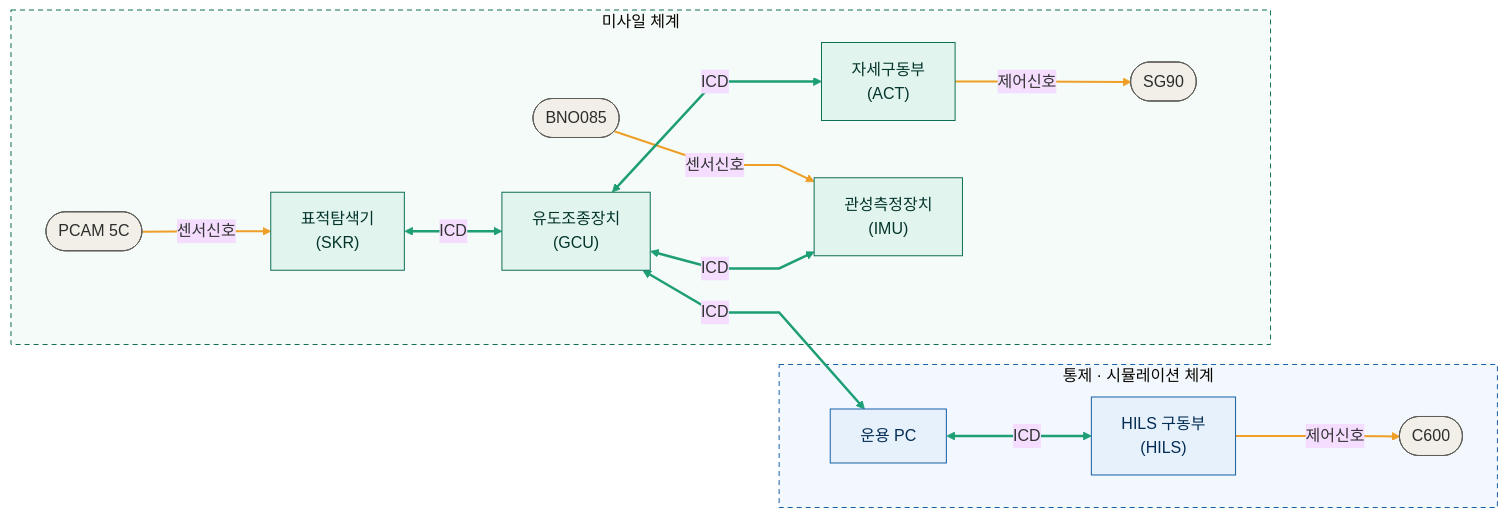
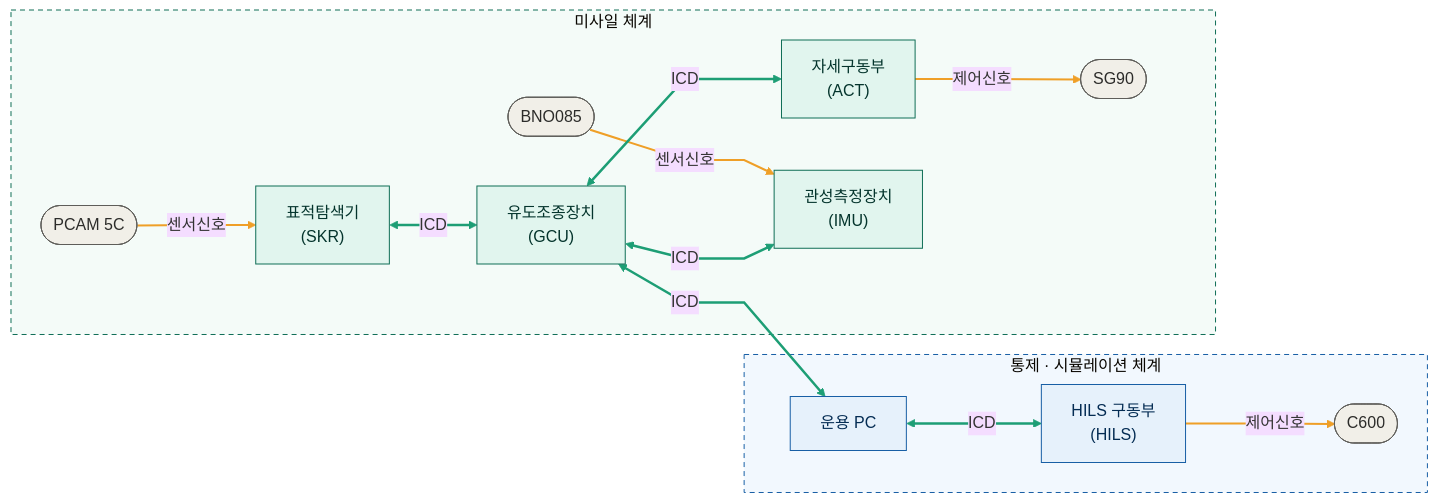
One commit to m-dna/.github changed the diagram in profile/README.md. Above: the diagram before and after it, drawn with Mermaid. The commit also changed other lines of this file, not shown here.

````diff
--- a/profile/README.md
+++ b/profile/README.md
@@ -25,42 +18,37 @@
 ```mermaid
-%%{init: {'theme':'base', 'flowchart':{'curve':'linear','nodeSpacing':45,'rankSpacing':70}}}%%
-graph LR
+%%{init: {'theme':'base','flowchart':{'curve':'linear','nodeSpacing':40,'rankSpacing':60}}}%%
+flowchart LR
     subgraph CTRL["통제 · 시뮬레이션 체계"]
         PC["운용 PC"]
         HILS["HILS 구동부<br/>(HILS)"]
         C600(["C600"])
     end
-
     subgraph MSL["미사일 체계"]
         PCAM(["PCAM 5C"])
         SKR["표적탐색기<br/>(SKR)"]
         GCU["유도조종장치<br/>(GCU)"]
         ACT["자세구동부<br/>(ACT)"]
         SG90(["SG90"])
         IMU["관성측정장치<br/>(IMU)"]
         BNO(["BNO085"])
     end
-
     PCAM -->|센서신호| SKR
     BNO  -->|센서신호| IMU
     ACT  -->|제어신호| SG90
     HILS -->|제어신호| C600
-
     SKR <-->|ICD| GCU
     GCU <-->|ICD| ACT
     GCU <-->|ICD| IMU
     GCU <-->|ICD| PC
     PC  <-->|ICD| HILS
-
-    linkStyle 0,1,2,3 stroke:#EF9F27,stroke-width:2px
-    linkStyle 4,5,6,7,8 stroke:#1D9E75,stroke-width:2.5px
-
-    classDef msl fill:#E1F5EE,stroke:#0F6E56,stroke-width:1px,color:#04342C
-    classDef ctrl fill:#E6F1FB,stroke:#185FA5,stroke-width:1px,color:#042C53
-    classDef dev fill:#F1EFE8,stroke:#5F5E5A,stroke-width:1px,color:#2C2C2A
+    classDef msl fill:#E1F5EE,stroke:#0F6E56,color:#04342C
+    classDef ctrl fill:#E6F1FB,stroke:#185FA5,color:#042C53
+    classDef dev fill:#F1EFE8,stroke:#5F5E5A,color:#2C2C2A
     class SKR,GCU,ACT,IMU msl
     class PC,HILS ctrl
     class PCAM,BNO,SG90,C600 dev
+    linkStyle 0,1,2,3 stroke:#EF9F27,stroke-width:2px
+    linkStyle 4,5,6,7,8 stroke:#1D9E75,stroke-width:2.5px
     style MSL fill:#F4FBF8,stroke:#0F6E56,stroke-dasharray:5 4
     style CTRL fill:#F2F8FE,stroke:#185FA5,stroke-dasharray:5 4
 ```
````
